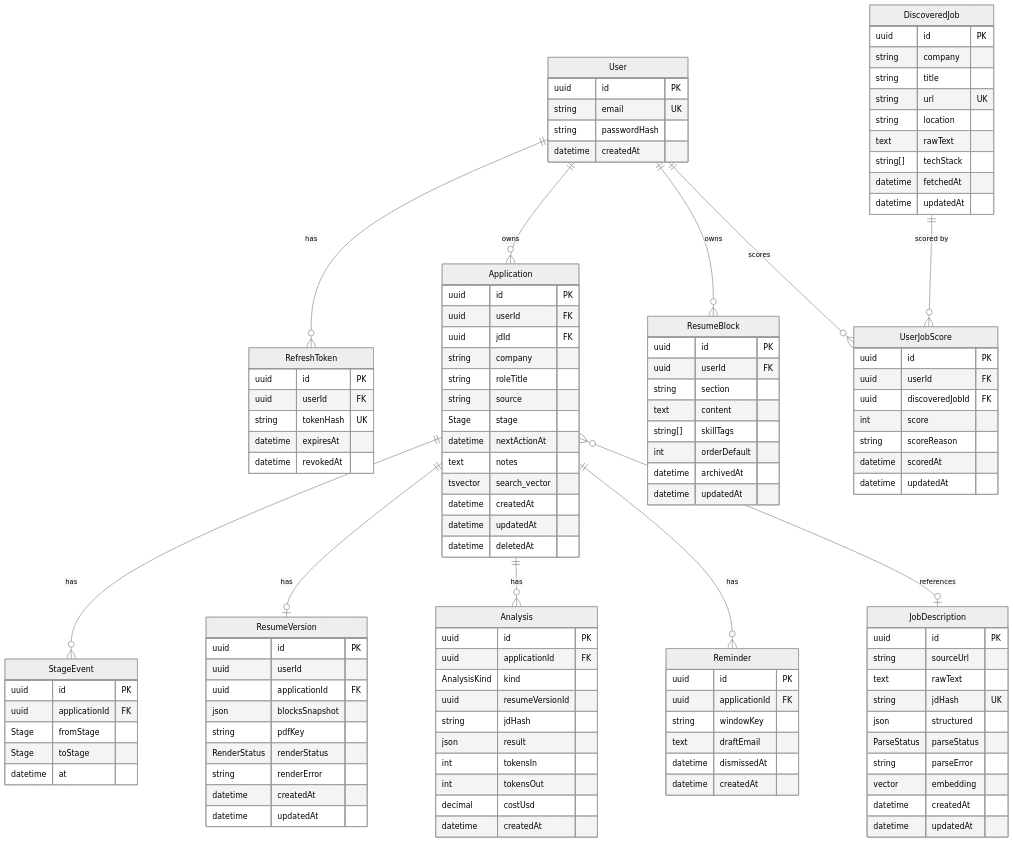
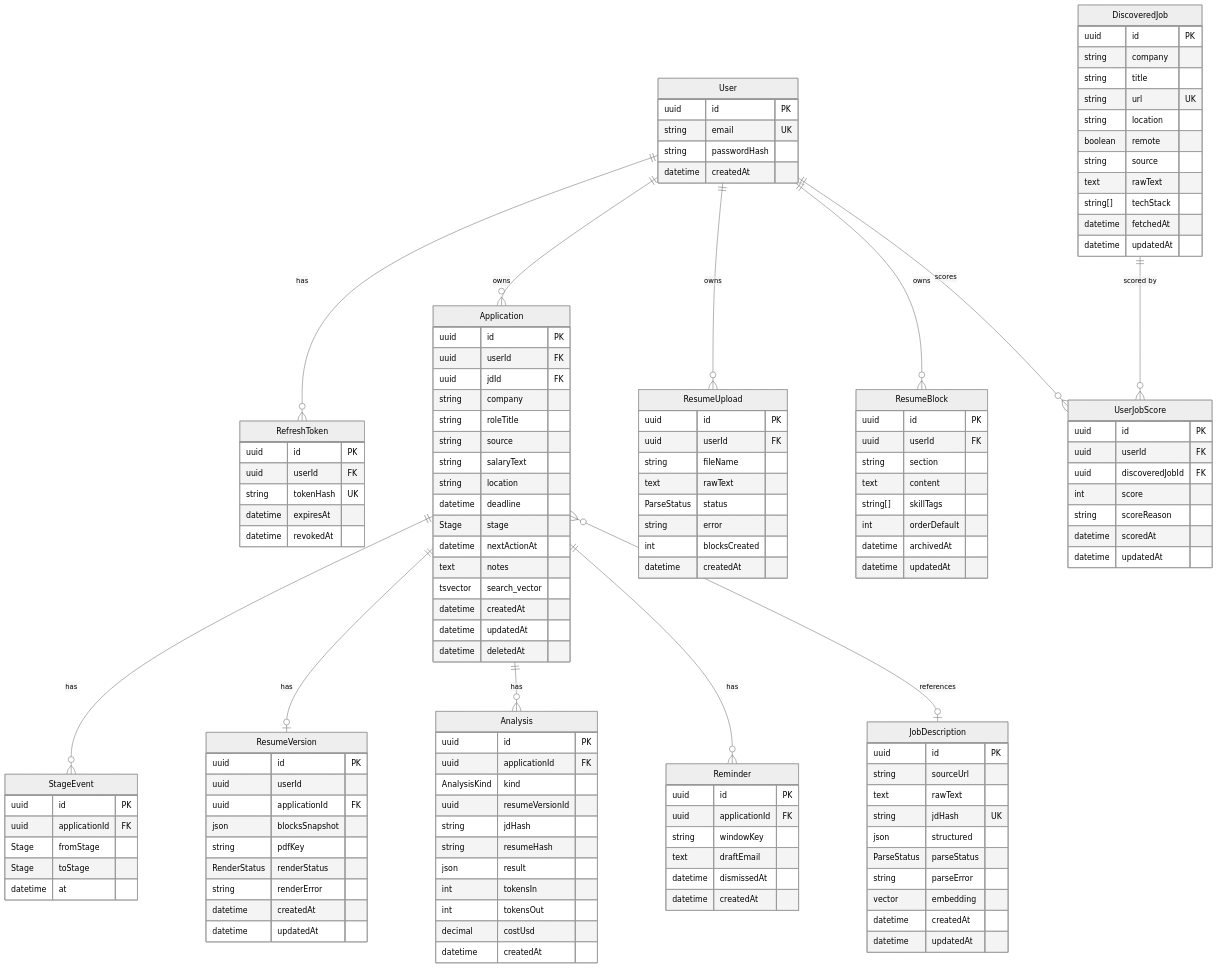
The diagram in docs/db-schema.md (AdityaKrSingh26/Pursuit), drawn with Mermaid (neutral theme) before and after one commit. The commit also changed other lines of this file and 15 other files, not shown here.

Commit message:
make ci run on a clean clone and drop unused aws, coming soon, and stale schema docs

```diff
--- a/docs/db-schema.md
+++ b/docs/db-schema.md
@@ -30,6 +30,9 @@
         string company
         string roleTitle
         string source
+        string salaryText
+        string location
+        datetime deadline
         Stage stage
         datetime nextActionAt
         text notes
@@ -58,6 +61,17 @@
         vector embedding
         datetime createdAt
         datetime updatedAt
+    }
+
+    ResumeUpload {
+        uuid id PK
+        uuid userId FK
+        string fileName
+        text rawText
+        ParseStatus status
+        string error
+        int blocksCreated
+        datetime createdAt
     }
 
     ResumeBlock {
@@ -89,6 +103,7 @@
         AnalysisKind kind
         uuid resumeVersionId
         string jdHash
+        string resumeHash
         json result
         int tokensIn
         int tokensOut
@@ -111,6 +126,8 @@
         string title
         string url UK
         string location
+        boolean remote
+        string source
         text rawText
         string[] techStack
         datetime fetchedAt
@@ -129,6 +146,7 @@
 
     User ||--o{ RefreshToken : "has"
     User ||--o{ Application : "owns"
+    User ||--o{ ResumeUpload : "owns"
     User ||--o{ ResumeBlock : "owns"
     User ||--o{ UserJobScore : "scores"
     Application ||--o{ StageEvent : "has"
```
